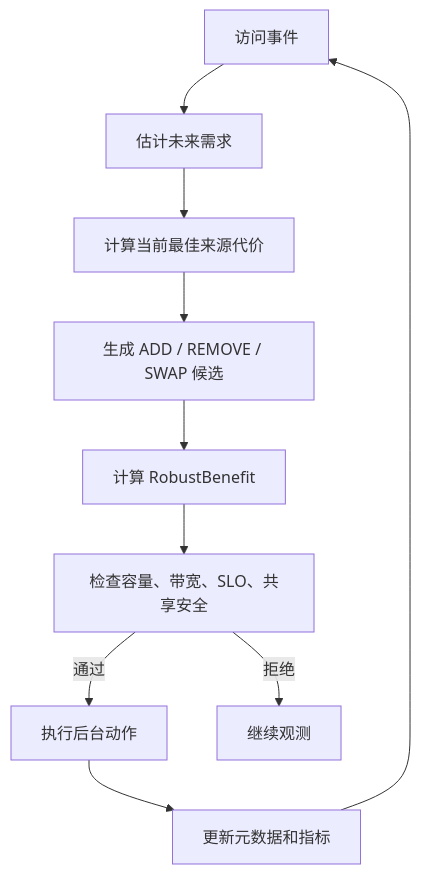
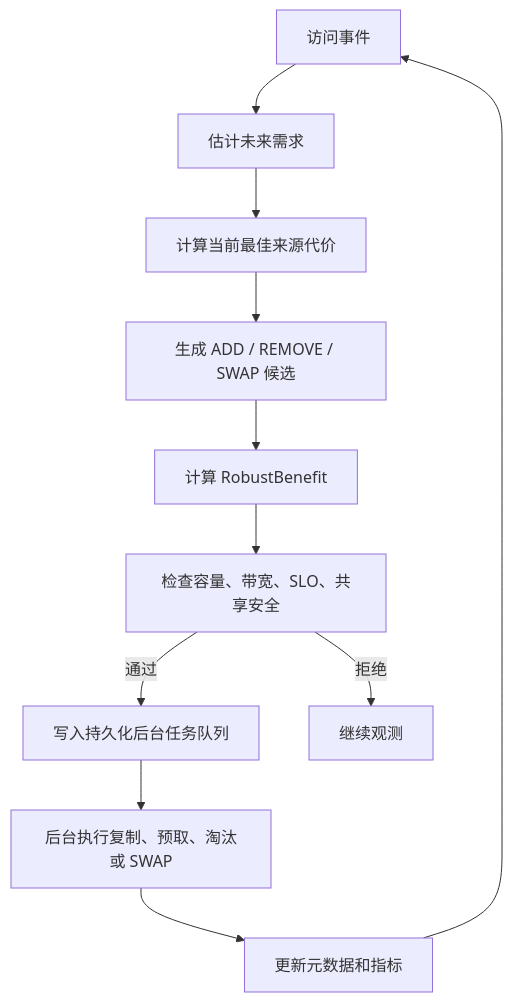
The first of 3 diagrams in docs/09_joint_controller.md (yxtmfz/tokenfs), drawn with Mermaid before and after one commit. The commit also changed other lines of this file and 16 other files, not shown here.

````diff
--- a/docs/09_joint_controller.md
+++ b/docs/09_joint_controller.md
@@ -30,12 +30,13 @@
 ```mermaid
 flowchart TD
     Events["访问事件"] --> Demand["估计未来需求"]
     Demand --> Cost["计算当前最佳来源代价"]
     Cost --> Candidates["生成 ADD / REMOVE / SWAP 候选"]
     Candidates --> Benefit["计算 RobustBenefit"]
     Benefit --> Constraints["检查容量、带宽、SLO、共享安全"]
-    Constraints -->|通过| Execute["执行后台动作"]
+    Constraints -->|通过| Queue["写入持久化后台任务队列"]
+    Queue --> Execute["后台执行复制、预取、淘汰或 SWAP"]
     Constraints -->|拒绝| Observe["继续观测"]
     Execute --> Metadata["更新元数据和指标"]
     Metadata --> Events
 ```
````
